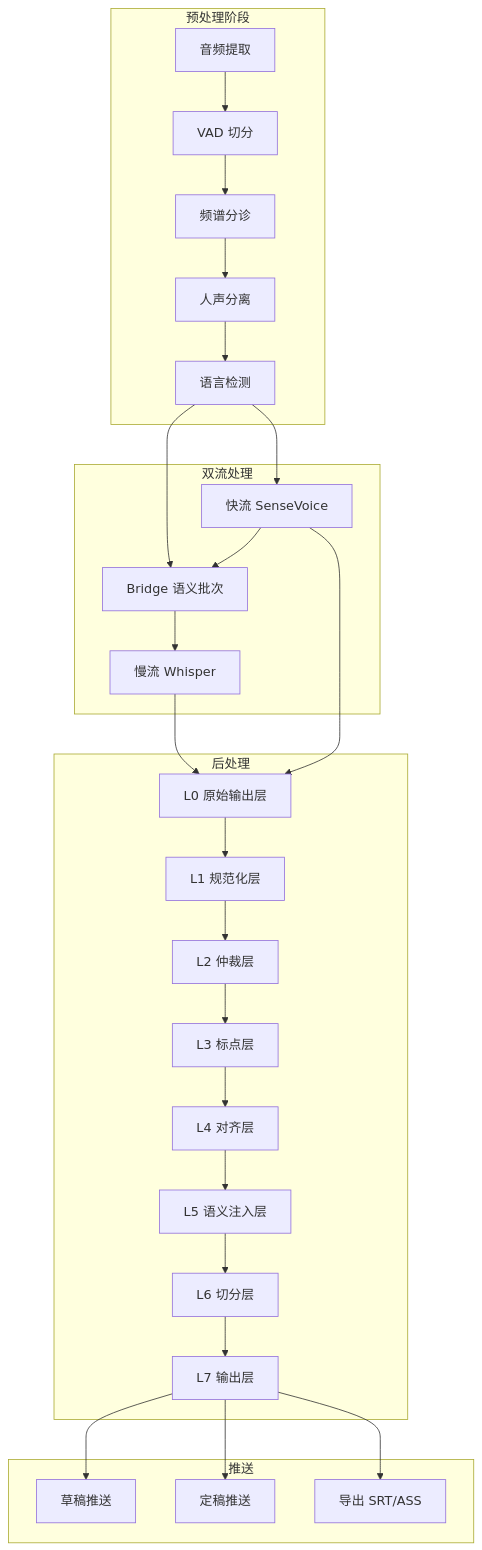
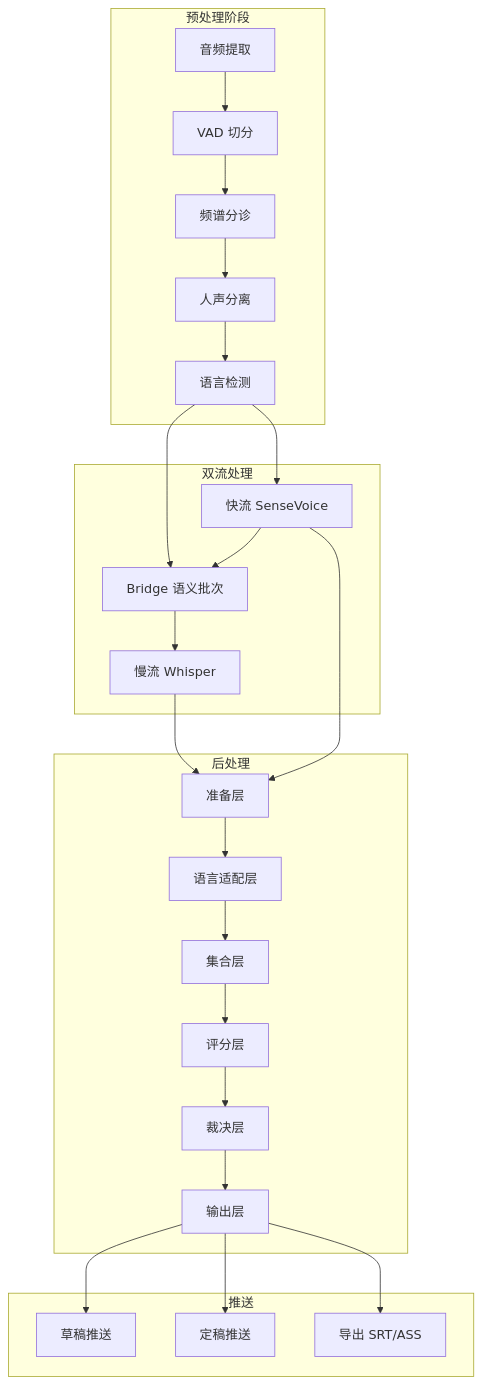
One commit to CommentOut64/video_to_srt changed the diagram in README.md. Above: the diagram before and after it, drawn with Mermaid. The commit also changed other lines of this file and 3 other files, not shown here.

````diff
--- a/README.md
+++ b/README.md
@@ -180,39 +147,37 @@
 ```mermaid
 flowchart TB
     subgraph 预处理阶段
         A[音频提取] --> B[VAD 切分]
         B --> C[频谱分诊]
         C --> D[人声分离]
         D --> E[语言检测]
     end
 
     subgraph 双流处理
         E --> F[快流 SenseVoice]
         E --> G[Bridge 语义批次]
         F --> G
         G --> H[慢流 Whisper]
     end
 
-    H --> L0
-    F --> L0
+    H --> P0
+    F --> P0
 
     subgraph 后处理
-        L0[L0 原始输出层] --> L1[L1 规范化层]
-        L1 --> L2[L2 仲裁层]
-        L2 --> L3[L3 标点层]
-        L3 --> L4[L4 对齐层]
-        L4 --> L5[L5 语义注入层]
-        L5 --> L6[L6 切分层]
-        L6 --> L7[L7 输出层]
+        P0[准备层] --> P1[语言适配层]
+        P1 --> C1[集合层]
+        C1 --> C2[评分层]
+        C2 --> C3[裁决层]
+        C3 --> C4[输出层]
     end
 
     subgraph 推送
         K[草稿推送]
         L[定稿推送]
         M[导出 SRT/ASS]
     end
 
-    L7 --> K
-    L7 --> L
-    L7 --> M
+    C4 --> K
+    C4 --> L
+    C4 --> M
 ```
````
